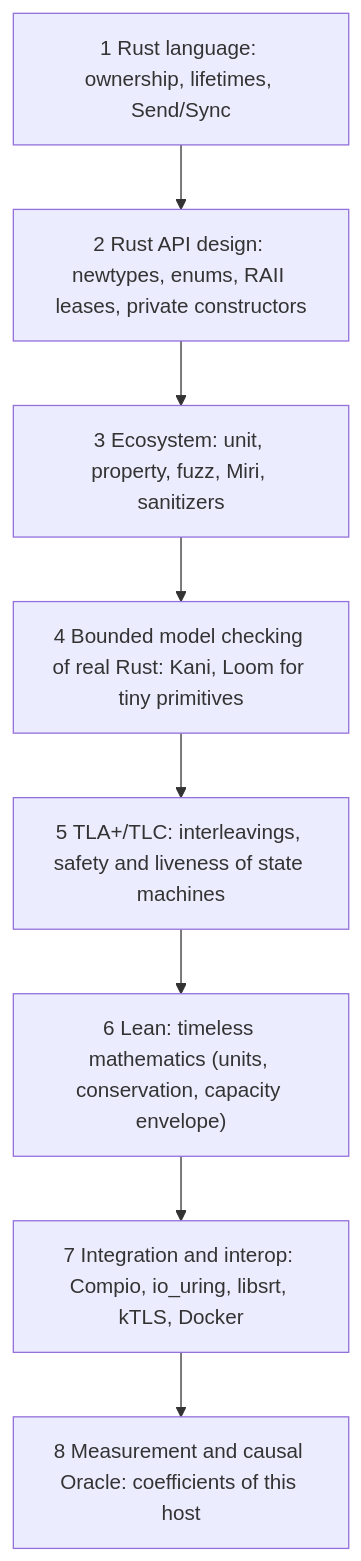
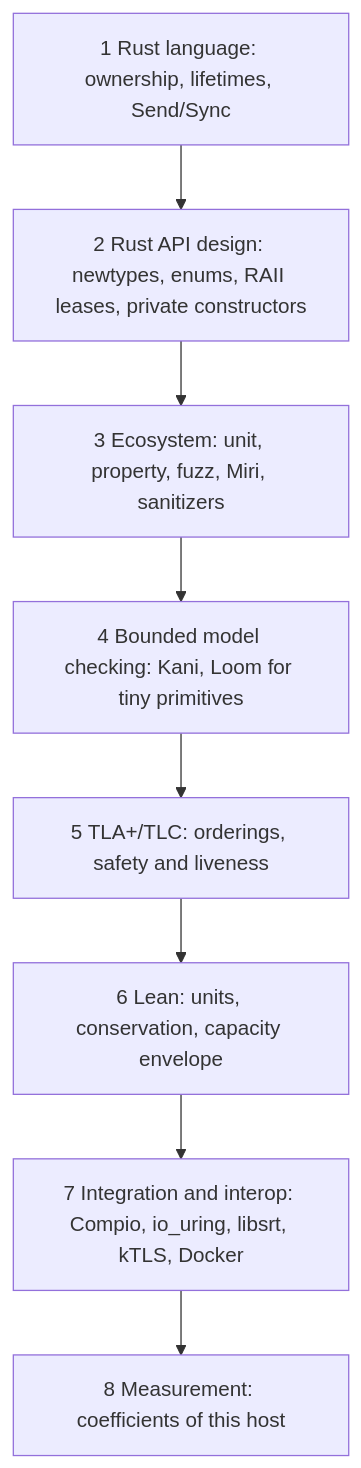
Before and after one commit to krsna1729/restream: the diagram in docs/assurance-roadmap.md, drawn with Mermaid. The commit also changed other lines of this file and 26 other files, not shown here.

First line of the commit message:
docs: rewrite every page against current source, with diagrams (#372)

````diff
--- a/docs/assurance-roadmap.md
+++ b/docs/assurance-roadmap.md
@@ -36,12 +42,12 @@
 ```mermaid
 flowchart TD
     R1["1 Rust language: ownership, lifetimes, Send/Sync"]
     R2["2 Rust API design: newtypes, enums, RAII leases, private constructors"]
     R3["3 Ecosystem: unit, property, fuzz, Miri, sanitizers"]
-    R4["4 Bounded model checking of real Rust: Kani, Loom for tiny primitives"]
-    R5["5 TLA+/TLC: interleavings, safety and liveness of state machines"]
-    R6["6 Lean: timeless mathematics (units, conservation, capacity envelope)"]
+    R4["4 Bounded model checking: Kani, Loom for tiny primitives"]
+    R5["5 TLA+/TLC: orderings, safety and liveness"]
+    R6["6 Lean: units, conservation, capacity envelope"]
     R7["7 Integration and interop: Compio, io_uring, libsrt, kTLS, Docker"]
-    R8["8 Measurement and causal Oracle: coefficients of this host"]
+    R8["8 Measurement: coefficients of this host"]
     R1 --> R2 --> R3 --> R4 --> R5 --> R6 --> R7 --> R8
 ```
````
